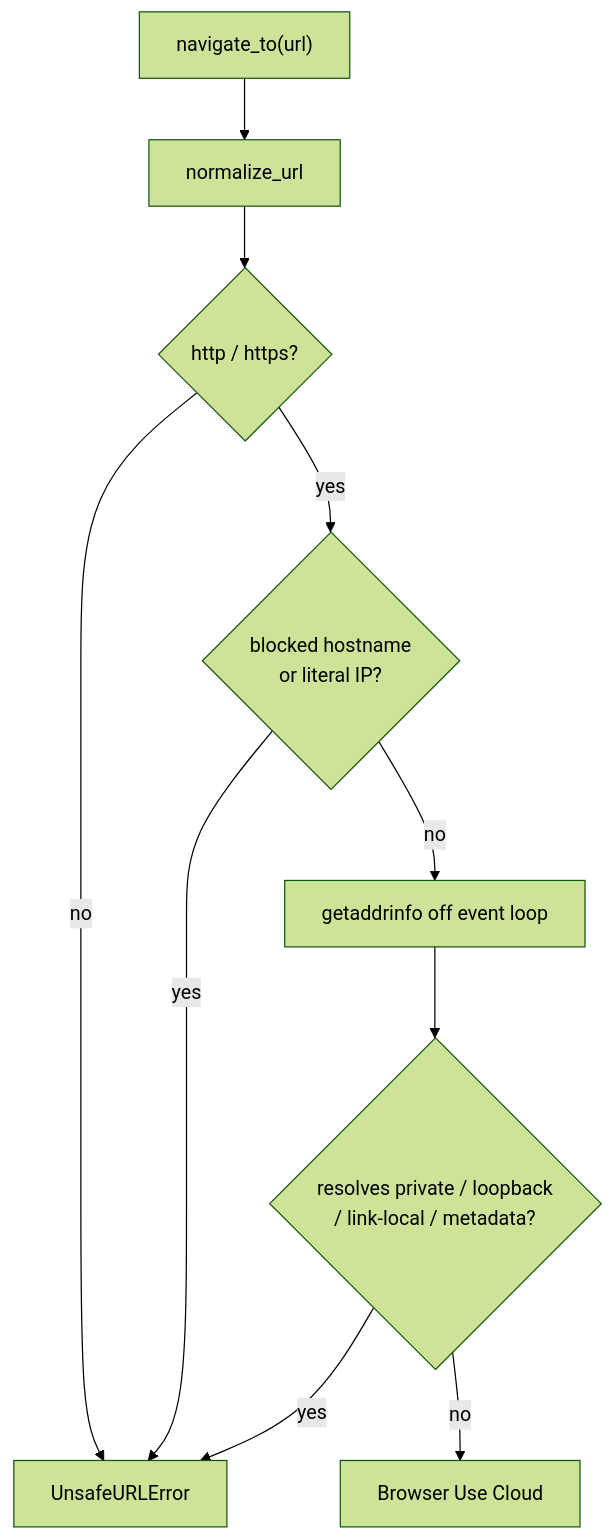
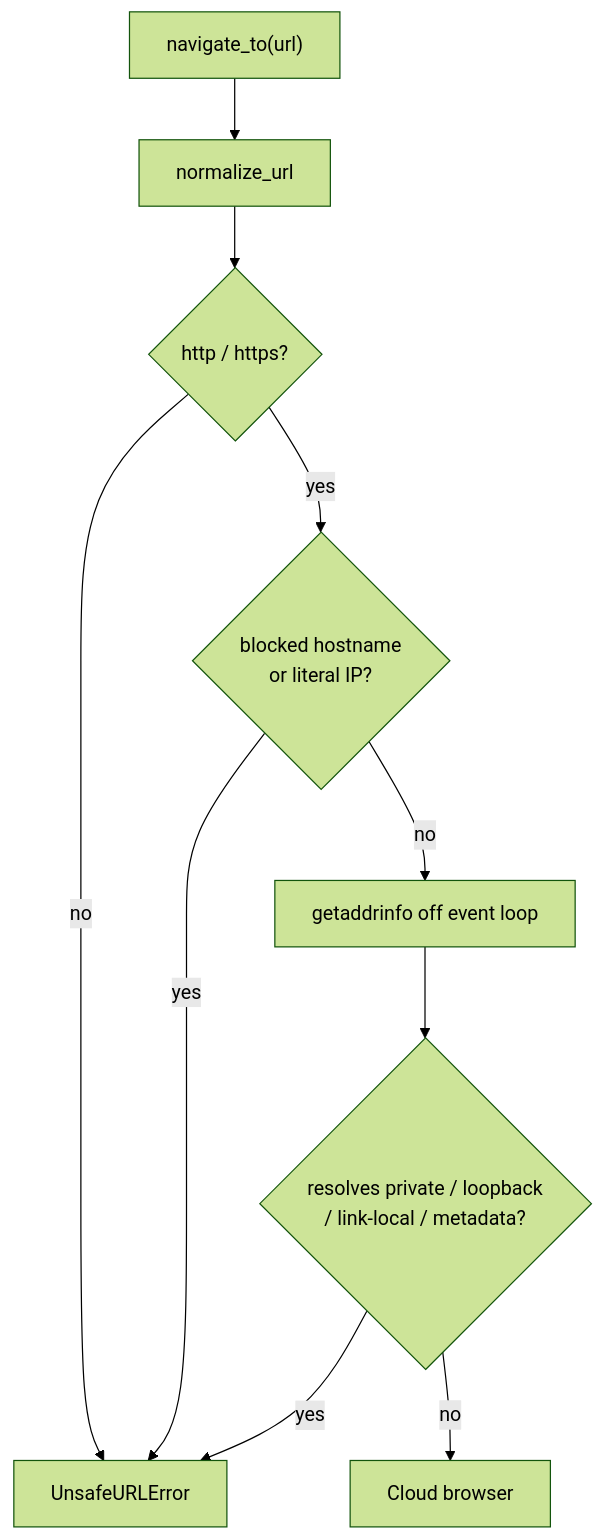
The second of 2 diagrams in docs/security.md (kwami-labs/kwami-lk-agent), drawn with Mermaid (forest theme) before and after one commit. The commit also changed other lines of this file and 8 other files, not shown here.

Commit message:
docs: align protocol, configuration, architecture and CI docs with the code

````diff
--- a/docs/security.md
+++ b/docs/security.md
@@ -130,12 +130,12 @@
 ```mermaid
 flowchart TD
     Nav["navigate_to(url)"] --> Norm["normalize_url"]
     Norm --> Scheme{"http / https?"}
     Scheme -->|no| Reject["UnsafeURLError"]
     Scheme -->|yes| Host{"blocked hostname<br/>or literal IP?"}
     Host -->|yes| Reject
     Host -->|no| DNS["getaddrinfo off event loop"]
     DNS --> Priv{"resolves private / loopback<br/>/ link-local / metadata?"}
     Priv -->|yes| Reject
-    Priv -->|no| Open["Browser Use Cloud"]
+    Priv -->|no| Open["Cloud browser"]
 ```
````
